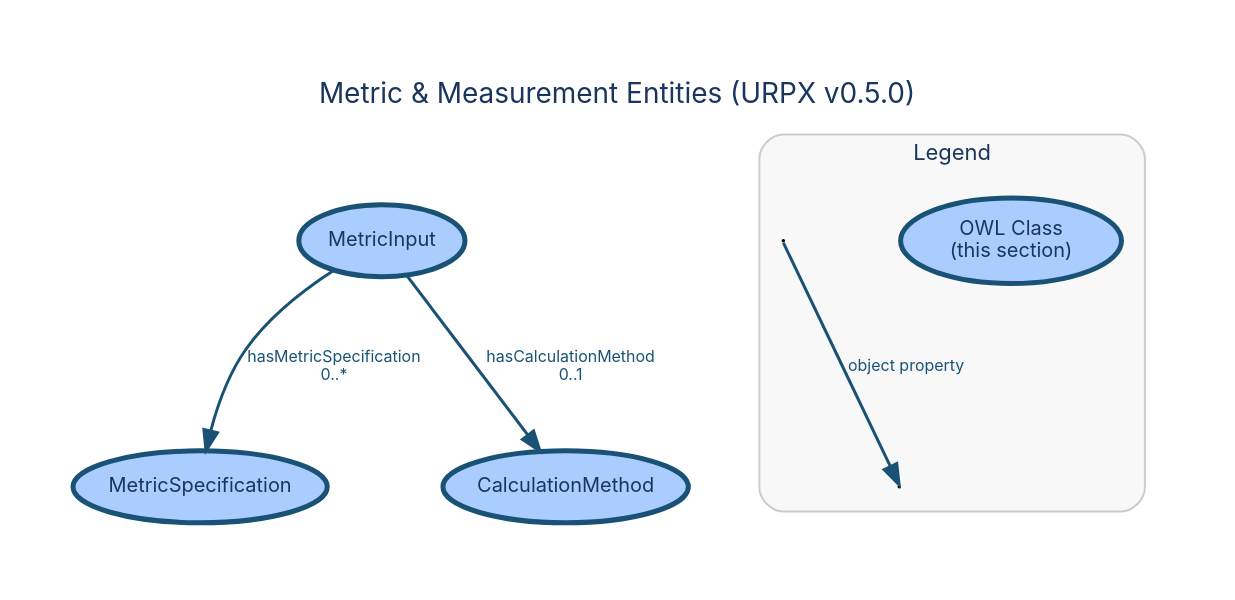
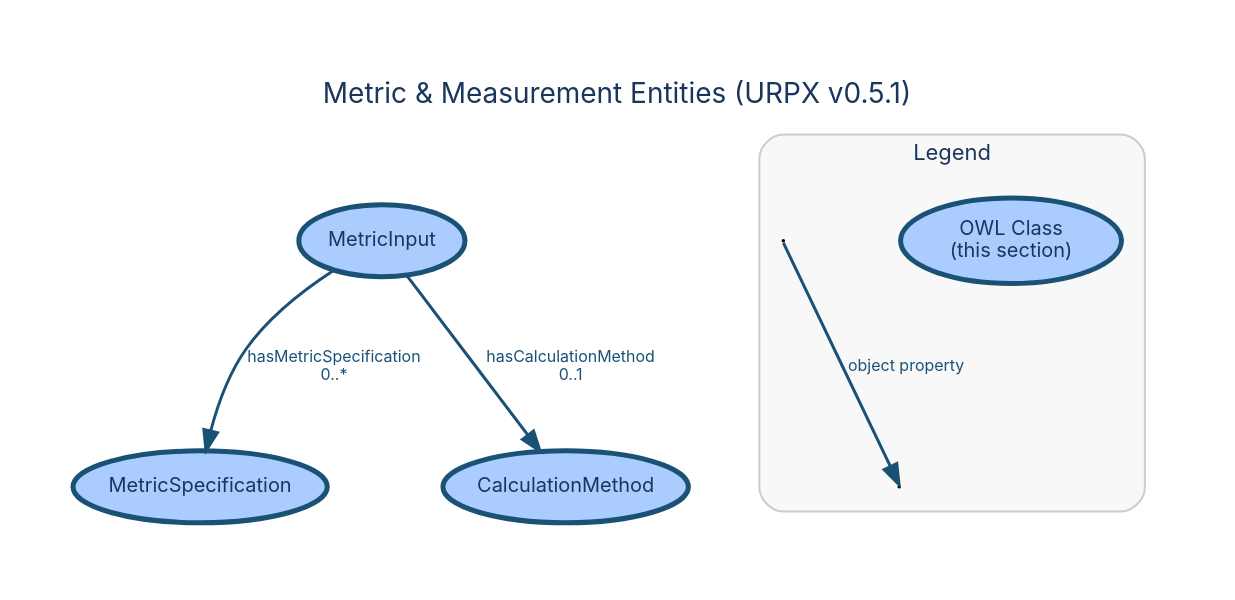
One commit to urpx-org/urpx changed the diagram in documentation/diagrams/dictionary/metric-measurement-entities.dot. Above: the diagram before and after it, drawn with Graphviz. The commit also changed 61 other files, not shown here.

```diff
--- a/documentation/diagrams/dictionary/metric-measurement-entities.dot
+++ b/documentation/diagrams/dictionary/metric-measurement-entities.dot
@@ -1,56 +1,56 @@
 digraph "Metric & Measurement Entities" {
     rankdir=TB;
     bgcolor="white";
     pad=0.4;
     nodesep=0.8;
     ranksep=0.9;
     fontname="Inter, Helvetica, Arial, sans-serif";
-    label="Metric & Measurement Entities (URPX v0.5.0)";
+    label="Metric & Measurement Entities (URPX v0.5.1)";
     labelloc="t";
     fontsize=14;
     fontcolor="#1a365d";
     node [fontname="Inter, Helvetica, Arial, sans-serif", fontsize=10, style=filled, fontcolor="#1a365d"];
     edge [fontname="Inter, Helvetica, Arial, sans-serif", fontsize=8, fontcolor="#1a365d"];
 
     // Section classes
     MetricInput [
         label="MetricInput"
         shape=ellipse, fillcolor="#aaccff", color="#1a5276", penwidth=2.5
     ];
     MetricSpecification [
         label="MetricSpecification"
         shape=ellipse, fillcolor="#aaccff", color="#1a5276", penwidth=2.5
     ];
     CalculationMethod [
         label="CalculationMethod"
         shape=ellipse, fillcolor="#aaccff", color="#1a5276", penwidth=2.5
     ];
 
     // Object property edges
     MetricInput -> CalculationMethod [
         label="hasCalculationMethod\n0..1", color="#1a5276", fontcolor="#1a5276", penwidth=1.5
     ];
     MetricInput -> MetricSpecification [
         label="hasMetricSpecification\n0..*", color="#1a5276", fontcolor="#1a5276", penwidth=1.5
     ];
 
     // Layout-specified rank groups
     { rank=same; MetricInput; }
     { rank=same; MetricSpecification; CalculationMethod; }
 
     subgraph cluster_legend {
         label="Legend";
         fontname="Inter, Helvetica, Arial, sans-serif";
         fontsize=11;
         fontcolor="#1a365d";
         style=rounded;
         color="#cccccc";
         bgcolor="#f8f8f8";
         margin=12;
 
         leg_class [label="OWL Class\n(this section)", shape=ellipse, fillcolor="#aaccff", color="#1a5276", penwidth=2.5];
         leg_src [label=" ", shape=point, width=0.01];
         leg_tgt1 [label=" ", shape=point, width=0.01];
         leg_src -> leg_tgt1 [label="object property", color="#1a5276", fontcolor="#1a5276", penwidth=1.5];
     }
 }
```
